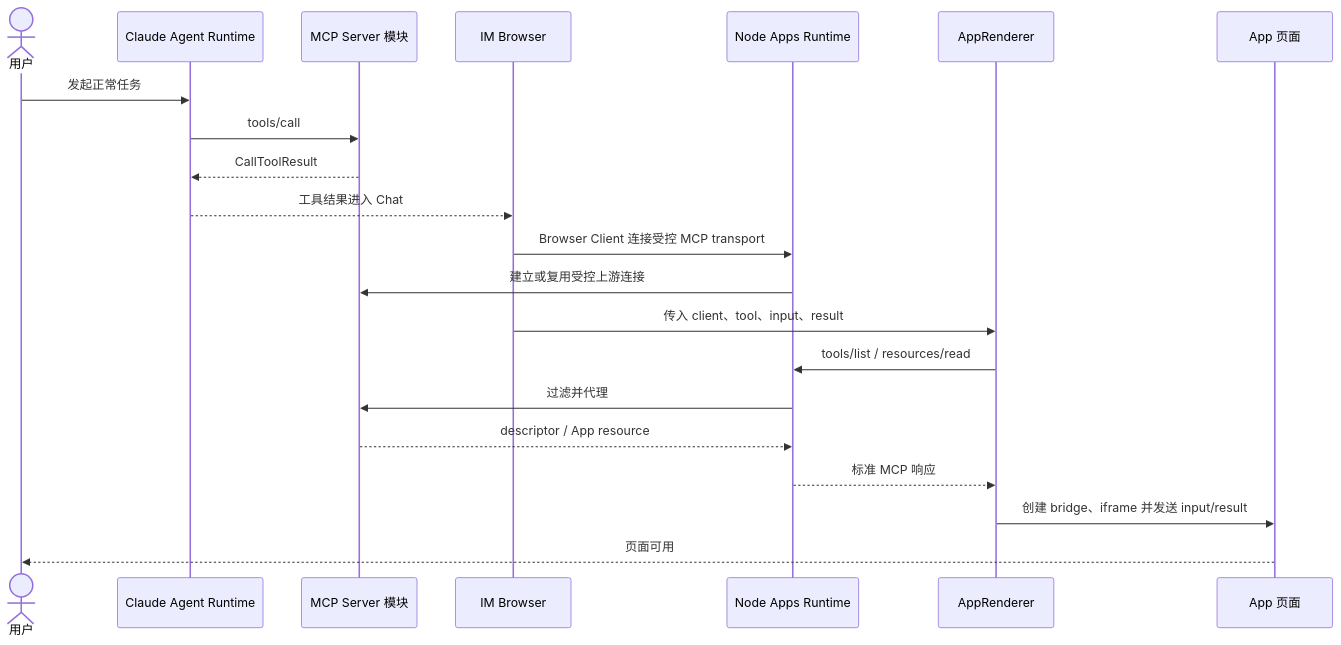
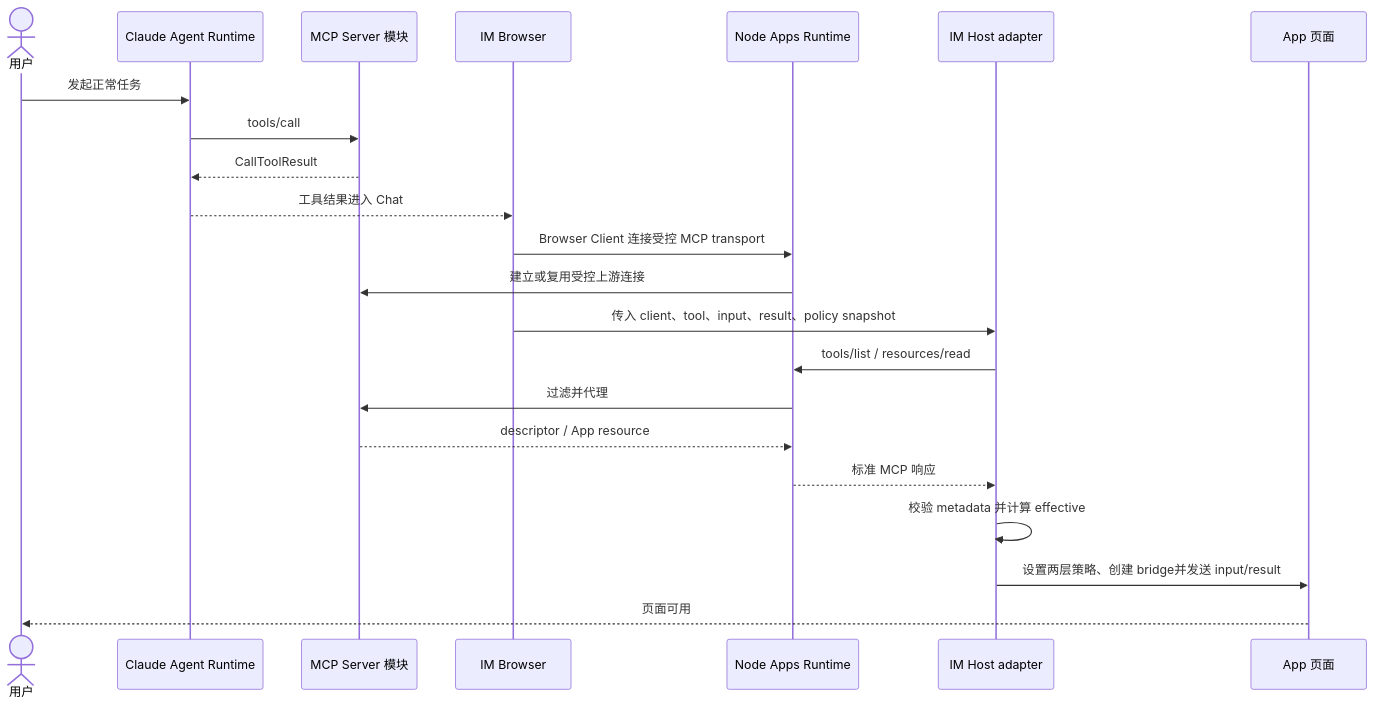
One commit to glide-the/im-dream changed the second of 4 diagrams in docs/design/claude-agent/mcp-apps-iframe-interaction.md. Above: the diagram before and after it, drawn with Mermaid. The commit also changed other lines of this file and 813 other files, not shown here.

Commit message:
feat(mcp-apps): integrate governed host and consolidate frontend app

````diff
--- a/docs/design/claude-agent/mcp-apps-iframe-interaction.md
+++ b/docs/design/claude-agent/mcp-apps-iframe-interaction.md
@@ -105,24 +119,25 @@
 ```mermaid
 sequenceDiagram
     actor U as 用户
     participant A as Claude Agent Runtime
     participant S as MCP Server 模块
     participant B as IM Browser
     participant N as Node Apps Runtime
-    participant R as AppRenderer
+    participant R as IM Host adapter
     participant V as App 页面
 
     U->>A: 发起正常任务
     A->>S: tools/call
     S-->>A: CallToolResult
     A-->>B: 工具结果进入 Chat
     B->>N: Browser Client 连接受控 MCP transport
     N->>S: 建立或复用受控上游连接
-    B->>R: 传入 client、tool、input、result
+    B->>R: 传入 client、tool、input、result、policy snapshot
     R->>N: tools/list / resources/read
     N->>S: 过滤并代理
     S-->>N: descriptor / App resource
     N-->>R: 标准 MCP 响应
-    R->>V: 创建 bridge、iframe 并发送 input/result
+    R->>R: 校验 metadata 并计算 effective
+    R->>V: 设置两层策略、创建 bridge并发送 input/result
     V-->>U: 页面可用
 ```
````
